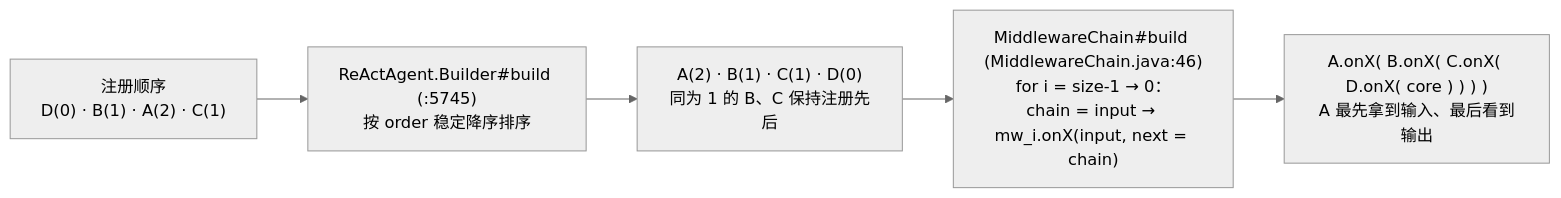
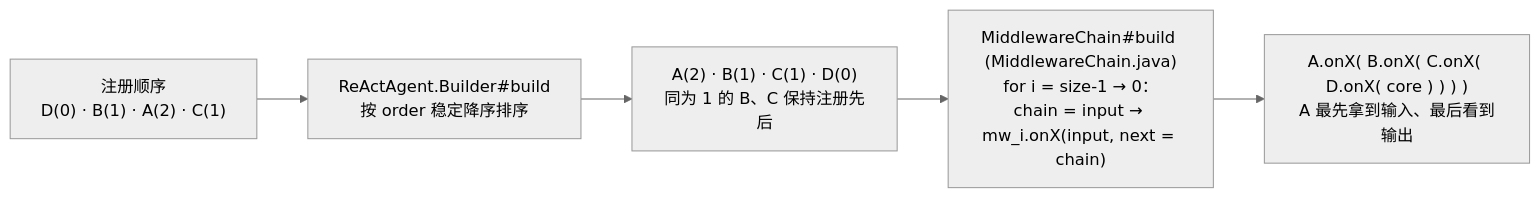
The second of 4 diagrams in 06-Middleware与事件流.md (liulangjietou/AgentScope-source-analysis), drawn with Mermaid (neutral theme) before and after one commit. The commit also changed other lines of this file and 13 other files, not shown here.

Commit message:
docs: align source guide and diagrams with main dcb131a3

````diff
--- a/06-Middleware与事件流.md
+++ b/06-Middleware与事件流.md
@@ -68,7 +71,7 @@
 ```mermaid
 flowchart LR
-    REG["注册顺序<br/>D(0) · B(1) · A(2) · C(1)"] --> SORT["ReActAgent.Builder#build (:5745)<br/>按 order 稳定降序排序"]
+    REG["注册顺序<br/>D(0) · B(1) · A(2) · C(1)"] --> SORT["ReActAgent.Builder#build<br/>按 order 稳定降序排序"]
     SORT --> LIST["A(2) · B(1) · C(1) · D(0)<br/>同为 1 的 B、C 保持注册先后"]
-    LIST --> FOLD["MiddlewareChain#build (MiddlewareChain.java:46)<br/>for i = size-1 → 0：<br/>chain = input → mw_i.onX(input, next = chain)"]
+    LIST --> FOLD["MiddlewareChain#build (MiddlewareChain.java)<br/>for i = size-1 → 0：<br/>chain = input → mw_i.onX(input, next = chain)"]
     FOLD --> RUN["A.onX( B.onX( C.onX( D.onX( core ) ) ) )<br/>A 最先拿到输入、最后看到输出"]
 ```
````
